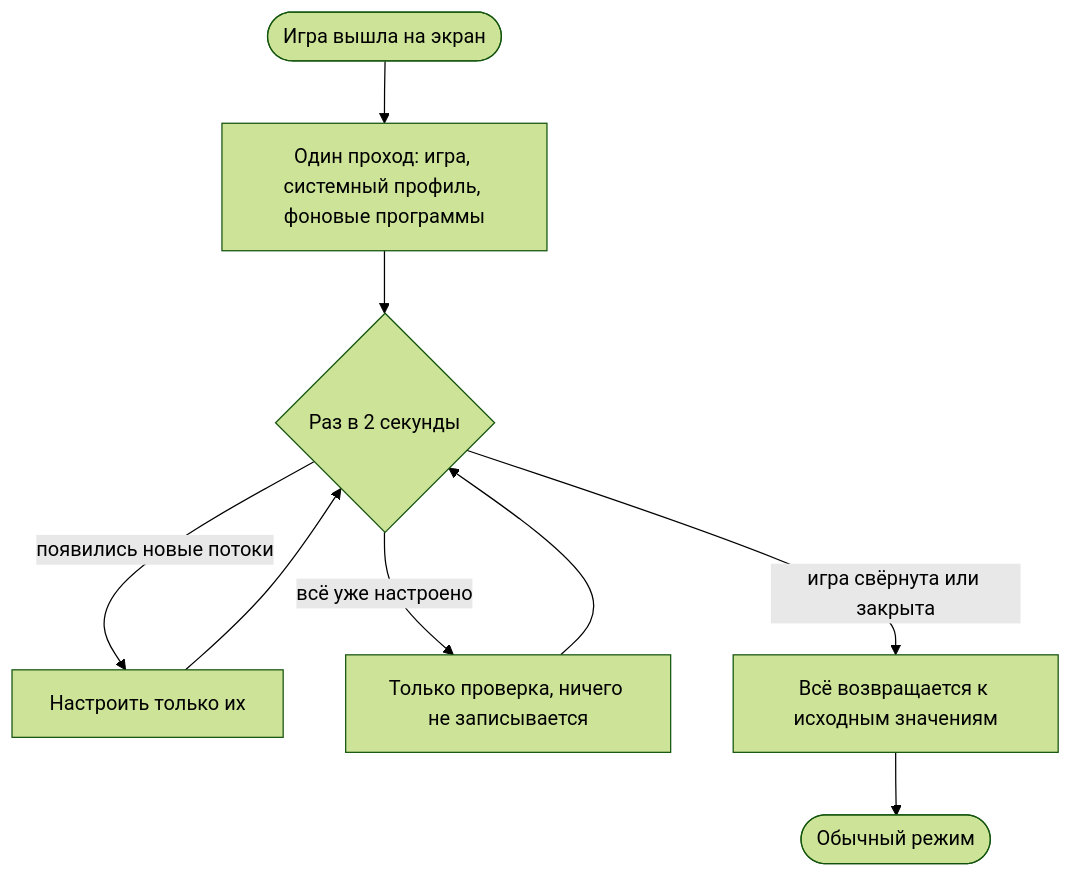
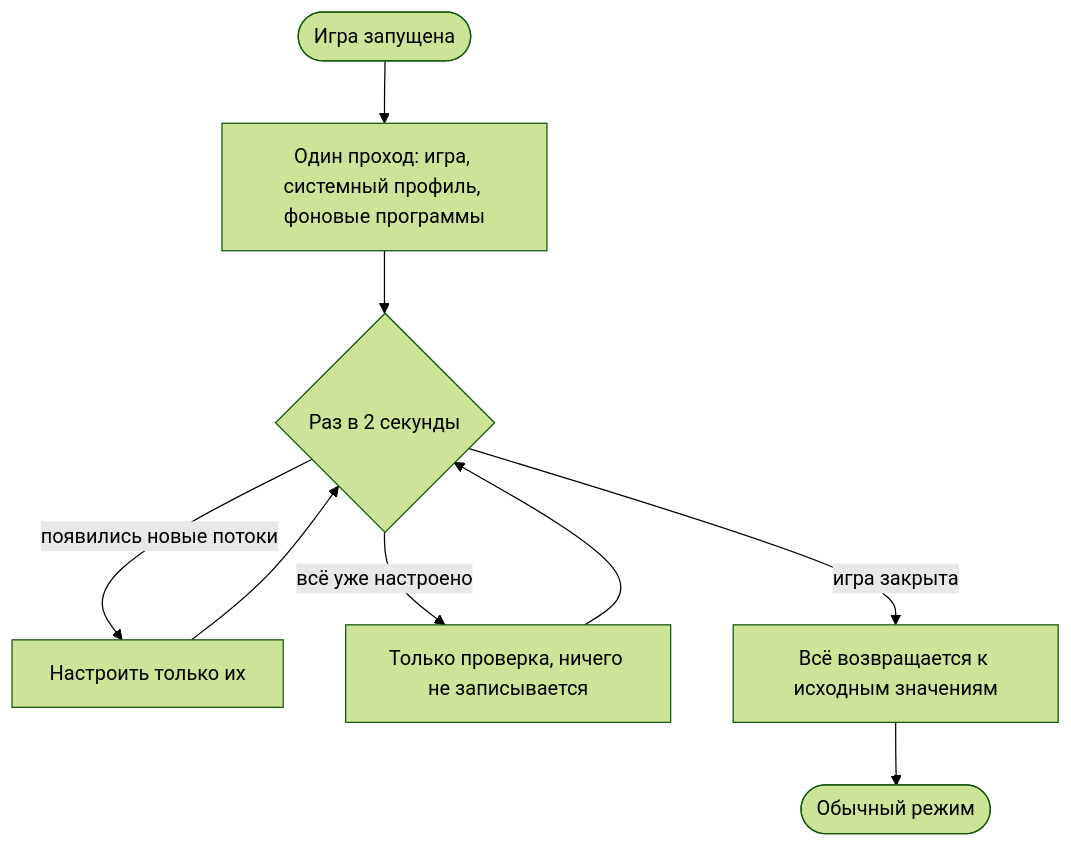
Before and after one commit to mitzuLLC/mitzuLLC-grobyq: the third of 5 diagrams in docs/grobyq-4.0-README.md, drawn with Mermaid (forest theme). The commit also changed other lines of this file, not shown here.

````diff
--- a/docs/grobyq-4.0-README.md
+++ b/docs/grobyq-4.0-README.md
@@ -83,11 +91,11 @@
 ```mermaid
 flowchart TD
-    A(["Игра вышла на экран"]) --> B["Один проход: игра, системный профиль, фоновые программы"]
+    A(["Игра запущена"]) --> B["Один проход: игра, системный профиль, фоновые программы"]
     B --> C{"Раз в 2 секунды"}
     C -->|появились новые потоки| D["Настроить только их"]
     C -->|всё уже настроено| E["Только проверка, ничего не записывается"]
     D --> C
     E --> C
-    C -->|игра свёрнута или закрыта| F["Всё возвращается к исходным значениям"]
+    C -->|игра закрыта| F["Всё возвращается к исходным значениям"]
     F --> G(["Обычный режим"])
 ```
````
